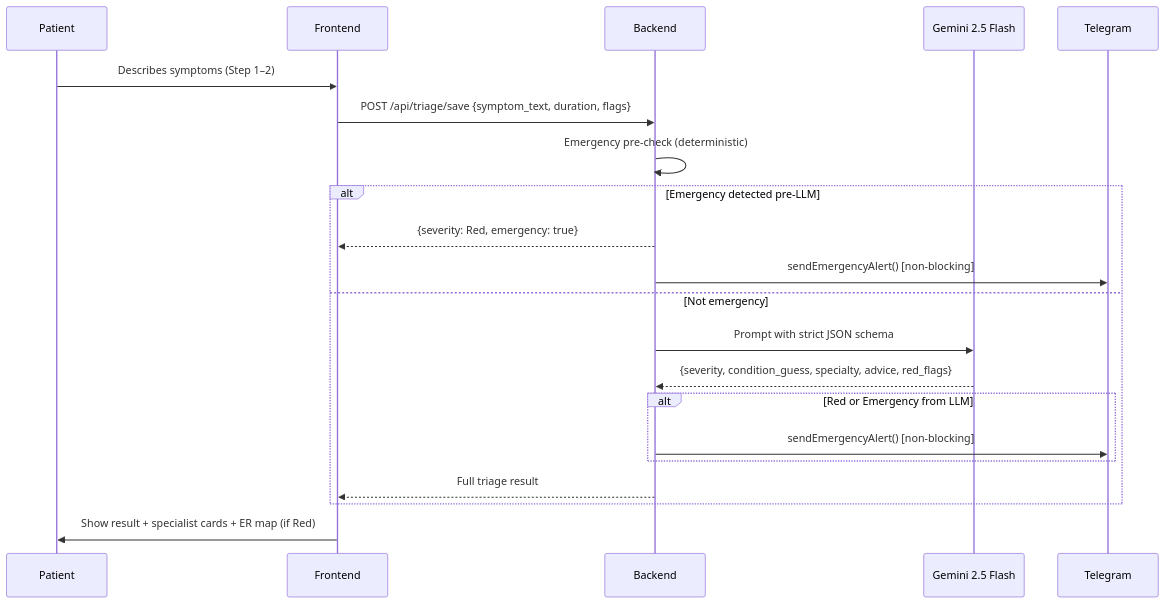
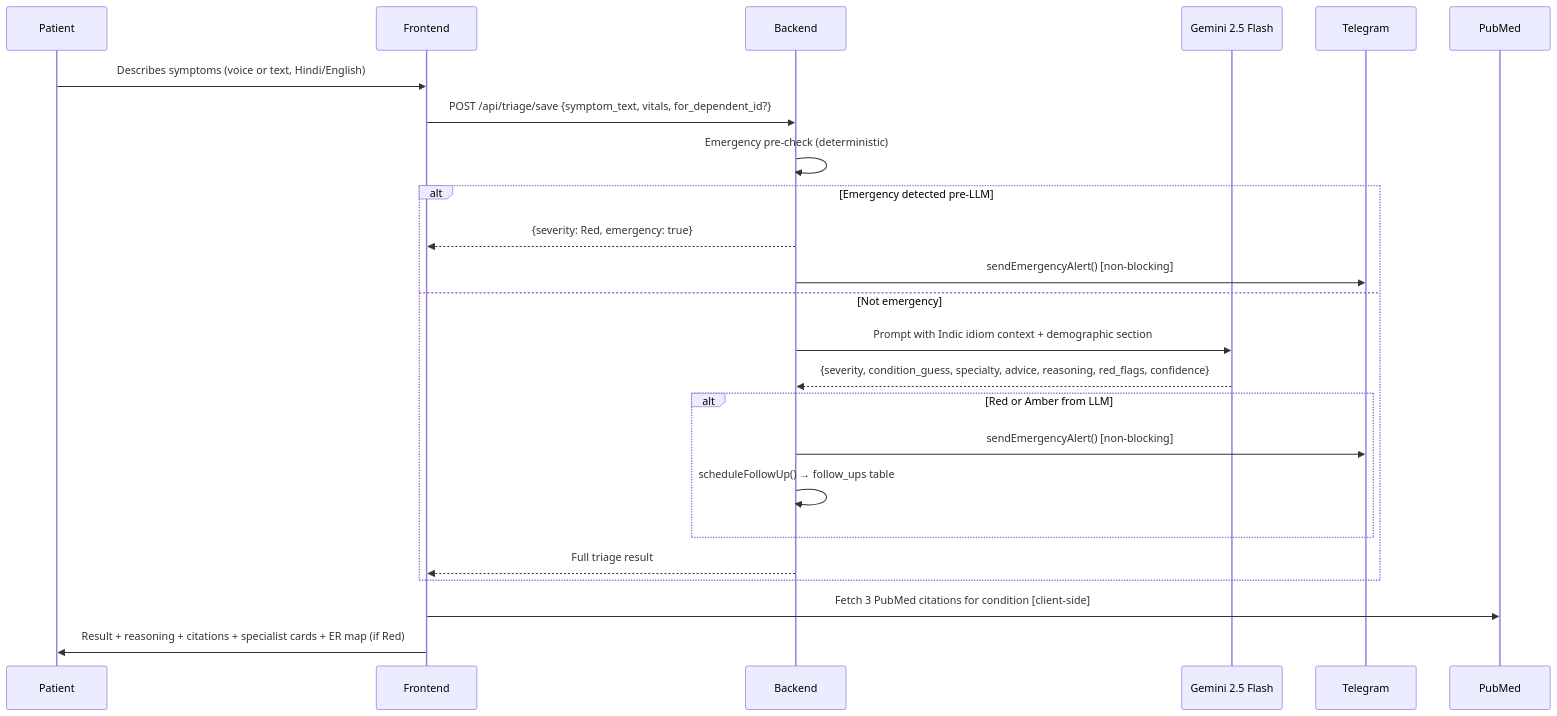
One commit to Dealer-09/CareRoute changed the second of 3 diagrams in README.md. Above: the diagram before and after it, drawn with Mermaid. The commit also changed other lines of this file, not shown here.

````diff
--- a/README.md
+++ b/README.md
@@ -68,24 +77,27 @@
 ```mermaid
 sequenceDiagram
     participant P as Patient
     participant FE as Frontend
     participant BE as Backend
     participant GEM as Gemini 2.5 Flash
     participant TG as Telegram
+    participant PM as PubMed
 
-    P->>FE: Describes symptoms (Step 1–2)
-    FE->>BE: POST /api/triage/save {symptom_text, duration, flags}
+    P->>FE: Describes symptoms (voice or text, Hindi/English)
+    FE->>BE: POST /api/triage/save {symptom_text, vitals, for_dependent_id?}
     BE->>BE: Emergency pre-check (deterministic)
     alt Emergency detected pre-LLM
         BE-->>FE: {severity: Red, emergency: true}
         BE->>TG: sendEmergencyAlert() [non-blocking]
     else Not emergency
-        BE->>GEM: Prompt with strict JSON schema
-        GEM-->>BE: {severity, condition_guess, specialty, advice, red_flags}
-        alt Red or Emergency from LLM
+        BE->>GEM: Prompt with Indic idiom context + demographic section
+        GEM-->>BE: {severity, condition_guess, specialty, advice, reasoning, red_flags, confidence}
+        alt Red or Amber from LLM
             BE->>TG: sendEmergencyAlert() [non-blocking]
+            BE->>BE: scheduleFollowUp() → follow_ups table
         end
         BE-->>FE: Full triage result
     end
-    FE->>P: Show result + specialist cards + ER map (if Red)
+    FE->>PM: Fetch 3 PubMed citations for condition [client-side]
+    FE->>P: Result + reasoning + citations + specialist cards + ER map (if Red)
 ```
````
